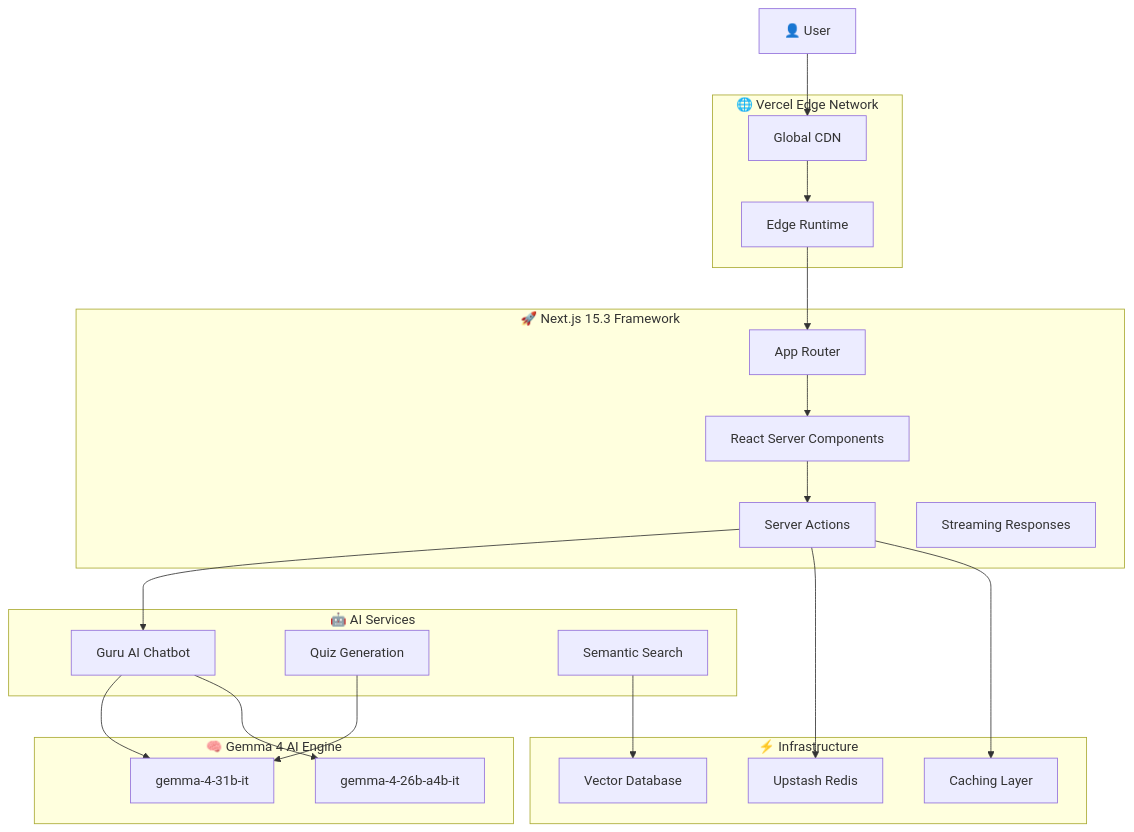
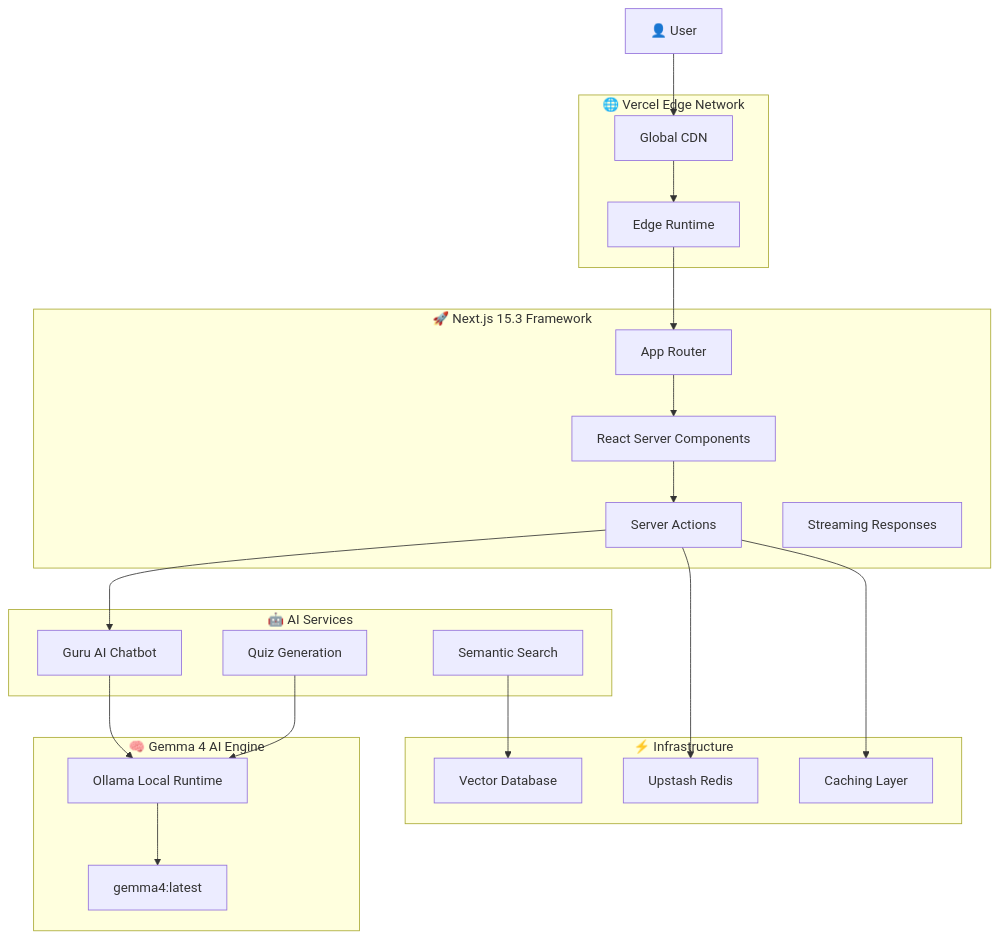
The diagram in README.md (mangeshraut712/Hindai), drawn with Mermaid before and after one commit. The commit also changed other lines of this file and 3 other files, not shown here.

First line of the commit message:
feat: Swap to Gemma 4 via Ollama for hackathon compliance

````diff
--- a/README.md
+++ b/README.md
@@ -104,46 +104,46 @@
 ```mermaid
 graph TB
     subgraph "🌐 Vercel Edge Network"
         CDN[Global CDN]
         Edge[Edge Runtime]
     end
 
     subgraph "🚀 Next.js 15.3 Framework"
         App[App Router]
         RSC[React Server Components]
         Actions[Server Actions]
         Streaming[Streaming Responses]
     end
 
     subgraph "🤖 AI Services"
         Chatbot[Guru AI Chatbot]
         QuizAI[Quiz Generation]
         SearchAI[Semantic Search]
     end
 
     subgraph "🧠 Gemma 4 AI Engine"
-        Model31B[gemma-4-31b-it]
-        Model26B[gemma-4-26b-a4b-it]
+        Ollama[Ollama Local Runtime]
+        Model[gemma4:latest]
     end
 
     subgraph "⚡ Infrastructure"
         Redis[Upstash Redis]
         Vector[Vector Database]
         Cache[Caching Layer]
     end
 
     User[👤 User] --> CDN
     CDN --> Edge
     Edge --> App
     App --> RSC
     RSC --> Actions
     Actions --> Chatbot
-    Chatbot --> Model31B
-    Chatbot --> Model26B
+    Chatbot --> Ollama
+    Ollama --> Model
 
-    QuizAI --> Model31B
+    QuizAI --> Ollama
     SearchAI --> Vector
 
     Actions --> Redis
     Actions --> Cache
 ```
````
